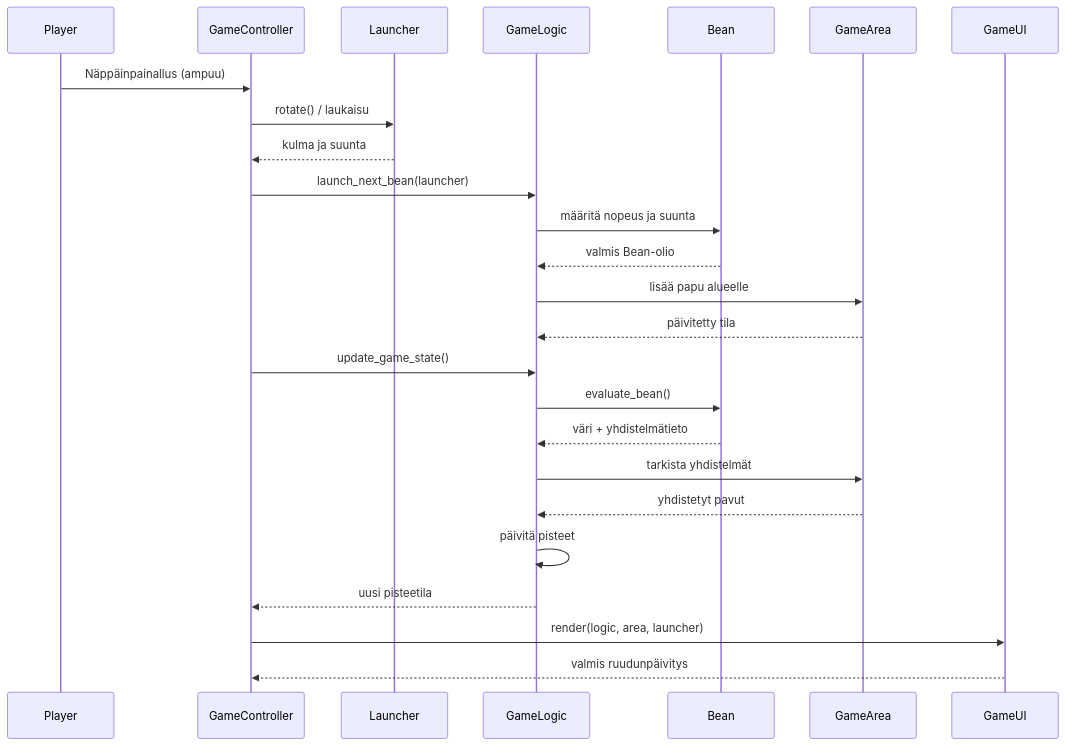
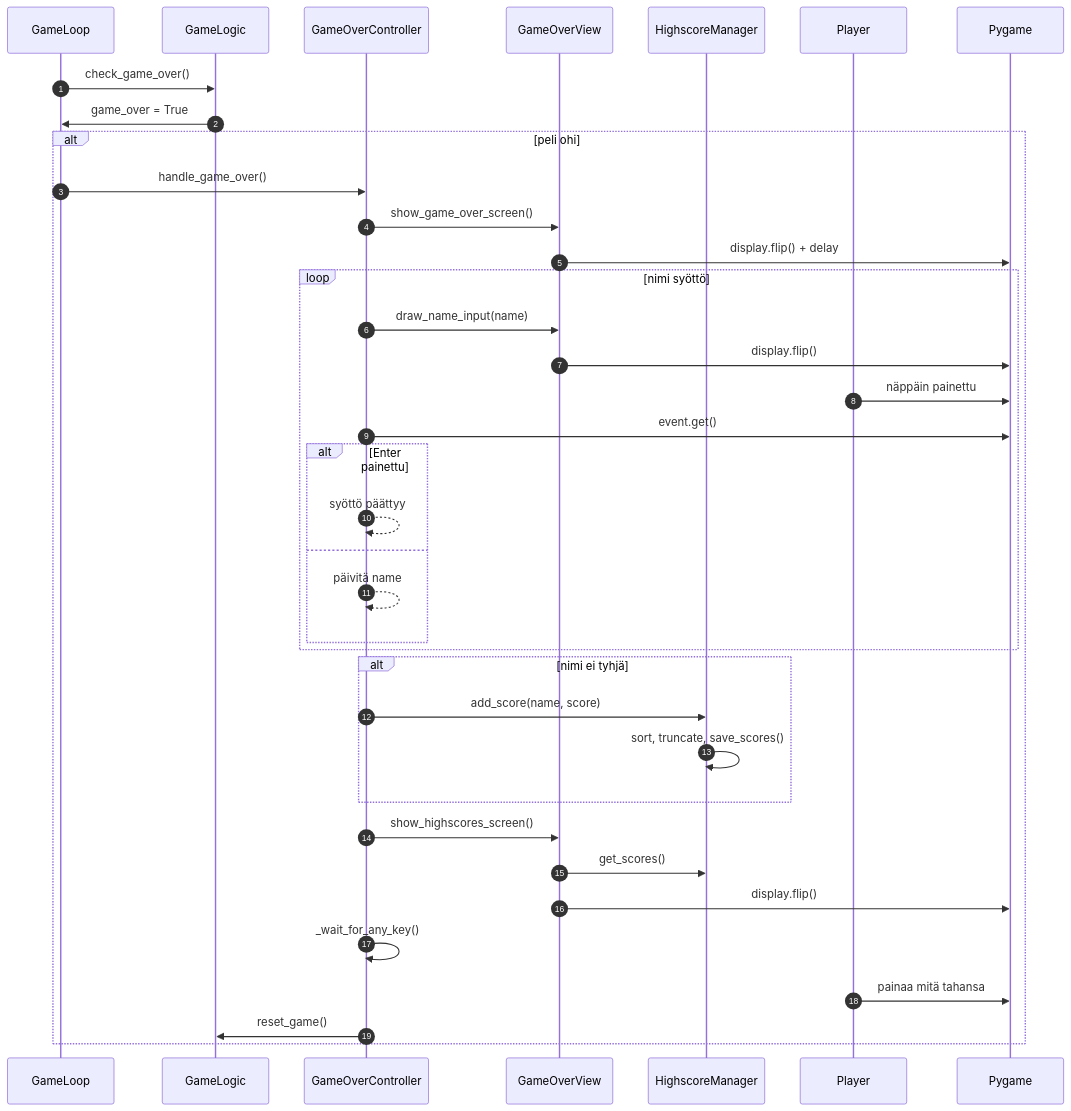
The fifth of 5 diagrams in dokumentaatio/arkkitehtuuri.md (L-antti/ot-harjoitustyo), drawn with Mermaid before and after one commit. The commit also changed other lines of this file, not shown here.

````diff
--- a/dokumentaatio/arkkitehtuuri.md
+++ b/dokumentaatio/arkkitehtuuri.md
@@ -87,34 +264,46 @@
 ```mermaid
 sequenceDiagram
+    autonumber
+    participant GameLoop
+    participant GameLogic
+    participant GameOverController
+    participant GameOverView
+    participant HighscoreManager
     participant Player
-    participant GameController
-    participant Launcher
-    participant GameLogic
-    participant Bean
-    participant GameArea
-    participant GameUI
+    participant Pygame
 
-    Player->>GameController: Näppäinpainallus (ampuu)
-    GameController->>Launcher: rotate() / laukaisu
-    Launcher-->>GameController: kulma ja suunta
+    GameLoop->>GameLogic: check_game_over()
+    GameLogic->>GameLoop: game_over = True
+    alt peli ohi
+        GameLoop->>GameOverController: handle_game_over()
+        
+        GameOverController->>GameOverView: show_game_over_screen()
+        GameOverView->>Pygame: display.flip() + delay
 
-    GameController->>GameLogic: launch_next_bean(launcher)
-    GameLogic->>Bean: määritä nopeus ja suunta
-    Bean-->>GameLogic: valmis Bean-olio
+        loop nimi syöttö
+            GameOverController->>GameOverView: draw_name_input(name)
+            GameOverView->>Pygame: display.flip()
+            Player->>Pygame: näppäin painettu
+            GameOverController->>Pygame: event.get()
+            alt Enter painettu
+                GameOverController-->>GameOverController: syöttö päättyy
+            else
+                GameOverController-->>GameOverController: päivitä name
+            end
+        end
 
-    GameLogic->>GameArea: lisää papu alueelle
-    GameArea-->>GameLogic: päivitetty tila
+        alt nimi ei tyhjä
+            GameOverController->>HighscoreManager: add_score(name, score)
+            HighscoreManager->>HighscoreManager: sort, truncate, save_scores()
+        end
 
-    GameController->>GameLogic: update_game_state()
-    GameLogic->>Bean: evaluate_bean()
-    Bean-->>GameLogic: väri + yhdistelmätieto
+        GameOverController->>GameOverView: show_highscores_screen()
+        GameOverView->>HighscoreManager: get_scores()
+        GameOverView->>Pygame: display.flip()
 
-    GameLogic->>GameArea: tarkista yhdistelmät
-    GameArea-->>GameLogic: yhdistetyt pavut
+        GameOverController->>GameOverController: _wait_for_any_key()
+        Player->>Pygame: painaa mitä tahansa
+        GameOverController->>GameLogic: reset_game()
+    end
 
-    GameLogic->>GameLogic: päivitä pisteet
-    GameLogic-->>GameController: uusi pisteetila
-
-    GameController->>GameUI: render(logic, area, launcher)
-    GameUI-->>GameController: valmis ruudunpäivitys
 ```
````
